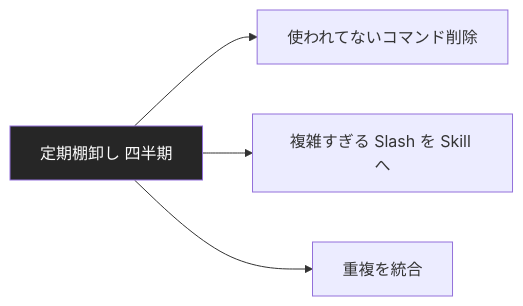
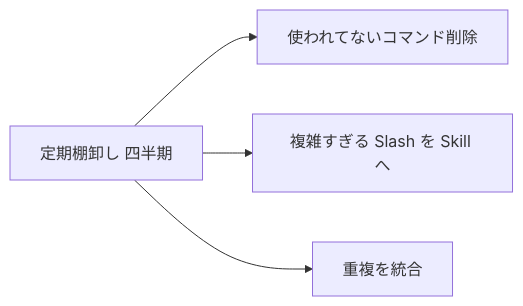
The third of 3 diagrams in docs/tech-notes/claude-code-の-slash-command-と-skill-の使い分け.md (dinekt/dinekt-wiki), drawn with Mermaid before and after one commit. The commit also changed other lines of this file and 70 other files, not shown here.

First line of the commit message:
fix(mermaid): strip all inline styling, rely on theme

````diff
--- a/docs/tech-notes/claude-code-の-slash-command-と-skill-の使い分け.md
+++ b/docs/tech-notes/claude-code-の-slash-command-と-skill-の使い分け.md
@@ -163,8 +159,7 @@
 ```mermaid
 flowchart LR
     C[定期棚卸し 四半期] --> C1[使われてないコマンド削除]
     C --> C2[複雑すぎる Slash を Skill へ]
     C --> C3[重複を統合]
 
-    style C fill:#262626,color:#fff
 ```
````
